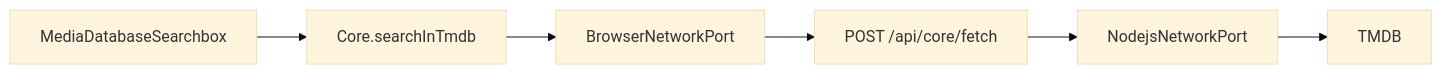
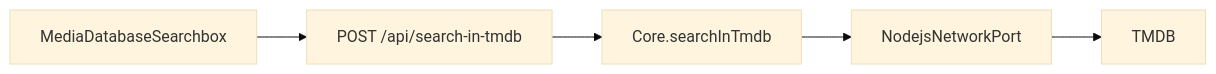
Before and after one commit to lawrenceching/SMM: the second of 2 diagrams in docs/dev/tmdb.md, drawn with Mermaid (base theme). The commit also changed other lines of this file and 23 other files, not shown here.

First line of the commit message:
feat(tmdb): route Web UI and AI tools through Core HTTP APIs

````diff
--- a/docs/dev/tmdb.md
+++ b/docs/dev/tmdb.md
@@ -171,8 +181,7 @@
 ```mermaid
 flowchart LR
-  A[MediaDatabaseSearchbox] --> B[Core.searchInTmdb]
-  B --> C[BrowserNetworkPort]
-  C --> D[POST /api/core/fetch]
-  D --> E[NodejsNetworkPort]
-  E --> F[TMDB]
+  A[MediaDatabaseSearchbox] --> B[POST /api/search-in-tmdb]
+  B --> C[Core.searchInTmdb]
+  C --> D[NodejsNetworkPort]
+  D --> E[TMDB]
 ```
````
